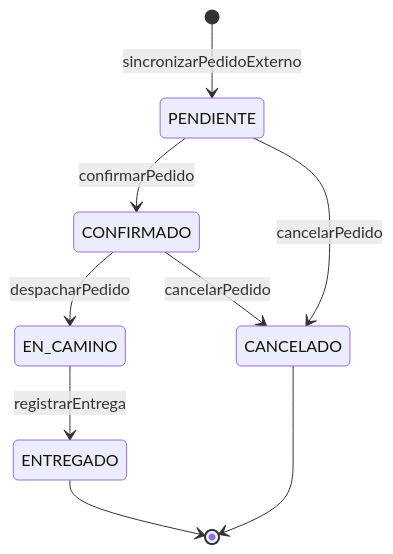
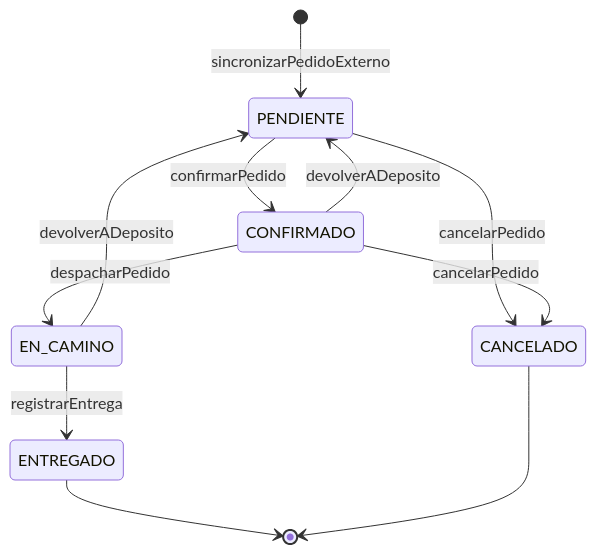
The second of 2 diagrams in docs/arquitectura/ARQUITECTURA.md (feliforte14/Rabbit), drawn with Mermaid before and after one commit. The commit also changed other lines of this file and 59 other files, not shown here.

````diff
--- a/docs/arquitectura/ARQUITECTURA.md
+++ b/docs/arquitectura/ARQUITECTURA.md
@@ -234,11 +244,13 @@
 ```mermaid
 stateDiagram-v2
     [*] --> PENDIENTE: sincronizarPedidoExterno
     PENDIENTE --> CONFIRMADO: confirmarPedido
     PENDIENTE --> CANCELADO: cancelarPedido
     CONFIRMADO --> EN_CAMINO: despacharPedido
     CONFIRMADO --> CANCELADO: cancelarPedido
+    CONFIRMADO --> PENDIENTE: devolverADeposito
     EN_CAMINO --> ENTREGADO: registrarEntrega
+    EN_CAMINO --> PENDIENTE: devolverADeposito
     ENTREGADO --> [*]
     CANCELADO --> [*]
 ```
````
